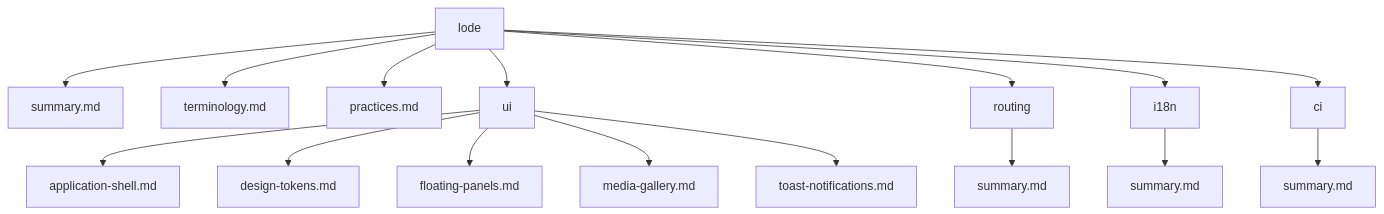
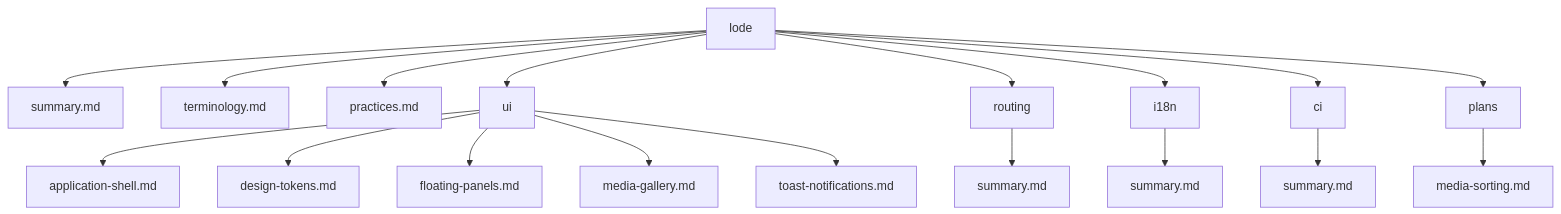
One commit to Zwezh/media-shelf changed the diagram in lode/lode-map.md. Above: the diagram before and after it, drawn with Mermaid. The commit also changed other lines of this file and 36 other files, not shown here.

Commit message:
feat(gallery): add media sorting controls

````diff
--- a/lode/lode-map.md
+++ b/lode/lode-map.md
@@ -22,18 +23,20 @@
 ```mermaid
 flowchart TD
   Root[lode] --> Summary[summary.md]
   Root --> Terms[terminology.md]
   Root --> Practices[practices.md]
   Root --> UI[ui]
   UI --> UIShell[application-shell.md]
   UI --> UITokens[design-tokens.md]
   UI --> FloatingPanels[floating-panels.md]
   UI --> MediaGallery[media-gallery.md]
   UI --> Toasts[toast-notifications.md]
   Root --> Routing[routing]
   Routing --> RouteSummary[summary.md]
   Root --> I18n[i18n]
   I18n --> I18nSummary[summary.md]
   Root --> CI[ci]
   CI --> CISummary[summary.md]
+  Root --> Plans[plans]
+  Plans --> MediaSorting[media-sorting.md]
 ```
````
